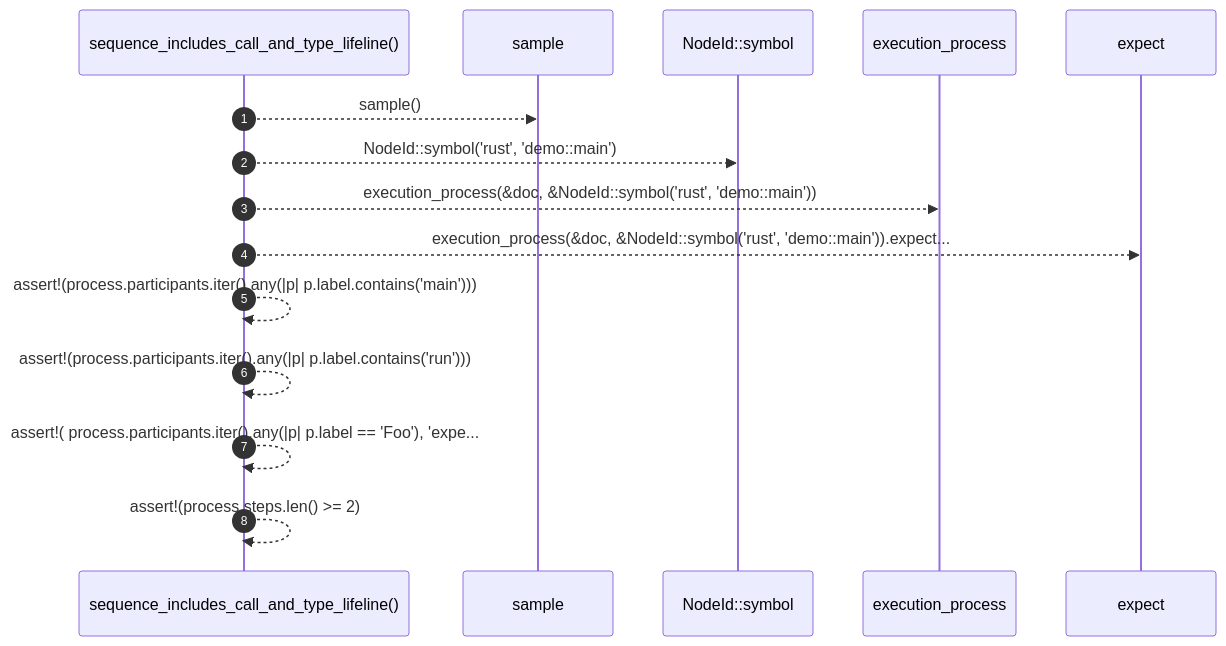
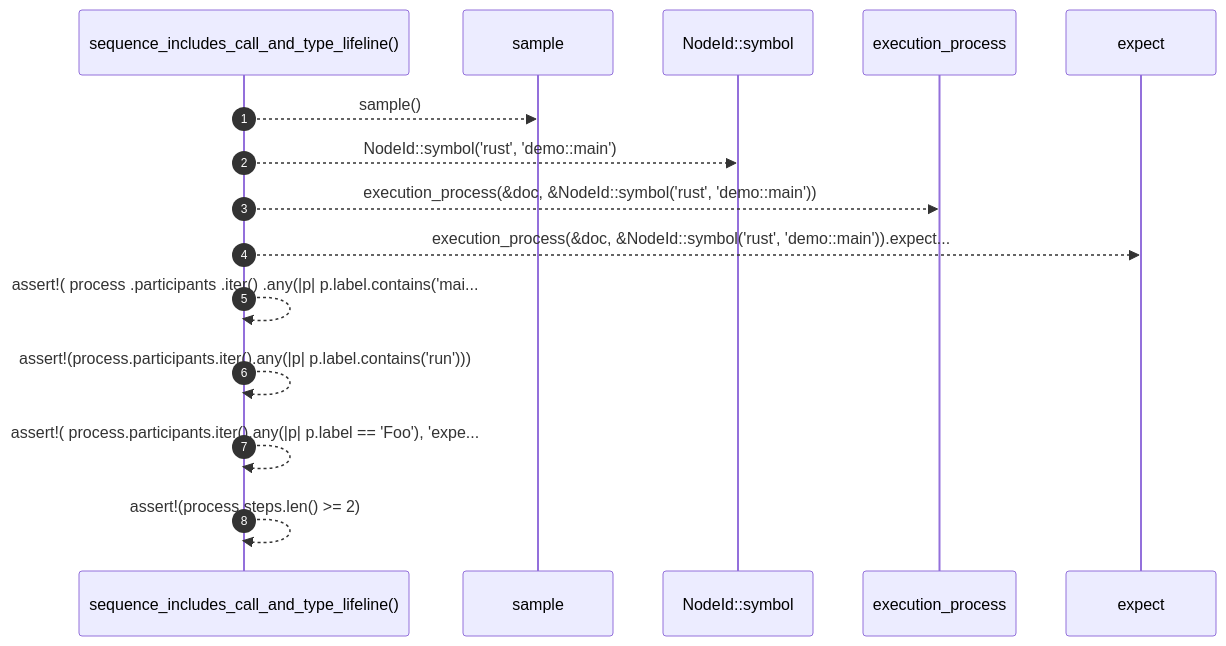
One commit to RyanGuild/self-describing-code changed the diagram in docs/self-model/robby_render/view/execution/tests/sequence-includes-call-and-type-lifeline.md. Above: the diagram before and after it, drawn with Mermaid. The commit also changed other lines of this file and 747 other files, not shown here.

````diff
--- a/docs/self-model/robby_render/view/execution/tests/sequence-includes-call-and-type-lifeline.md
+++ b/docs/self-model/robby_render/view/execution/tests/sequence-includes-call-and-type-lifeline.md
@@ -29,17 +34,17 @@
 ```mermaid
 sequenceDiagram
     autonumber
     participant sequence_includes_call_and_type_lifeline as sequence_includes_call_and_type_lifeline()
     participant sample as sample
     participant NodeId__symbol as NodeId::symbol
     participant execution_process as execution_process
     participant expect as expect
     sequence_includes_call_and_type_lifeline-->>sample: sample()
     sequence_includes_call_and_type_lifeline-->>NodeId__symbol: NodeId::symbol('rust', 'demo::main')
     sequence_includes_call_and_type_lifeline-->>execution_process: execution_process(&doc, &NodeId::symbol('rust', 'demo::main'))
     sequence_includes_call_and_type_lifeline-->>expect: execution_process(&doc, &NodeId::symbol('rust', 'demo::main')).expect...
-    sequence_includes_call_and_type_lifeline-->>sequence_includes_call_and_type_lifeline: assert!(process.participants.iter().any(|p| p.label.contains('main')))
+    sequence_includes_call_and_type_lifeline-->>sequence_includes_call_and_type_lifeline: assert!( process .participants .iter() .any(|p| p.label.contains('mai...
     sequence_includes_call_and_type_lifeline-->>sequence_includes_call_and_type_lifeline: assert!(process.participants.iter().any(|p| p.label.contains('run')))
     sequence_includes_call_and_type_lifeline-->>sequence_includes_call_and_type_lifeline: assert!( process.participants.iter().any(|p| p.label == 'Foo'), 'expe...
     sequence_includes_call_and_type_lifeline-->>sequence_includes_call_and_type_lifeline: assert!(process.steps.len() >= 2)
 ```
````
